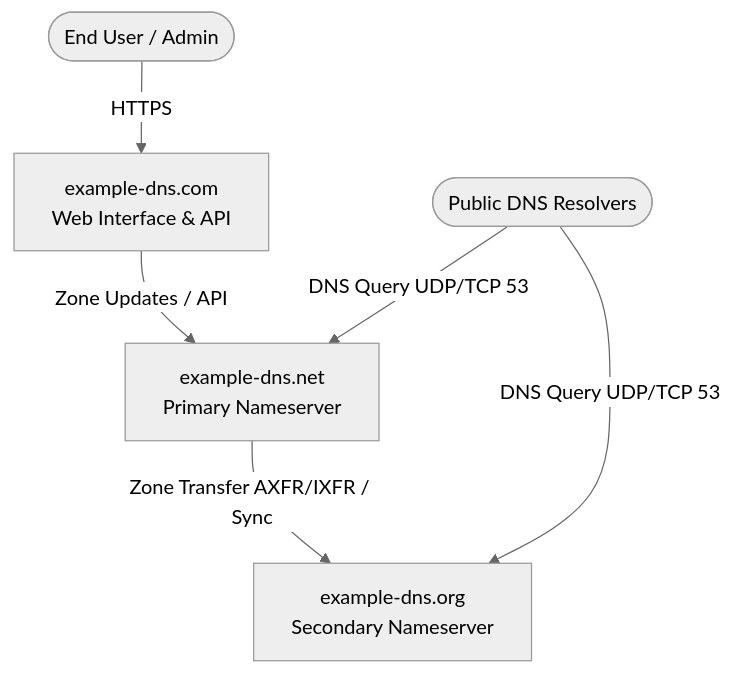
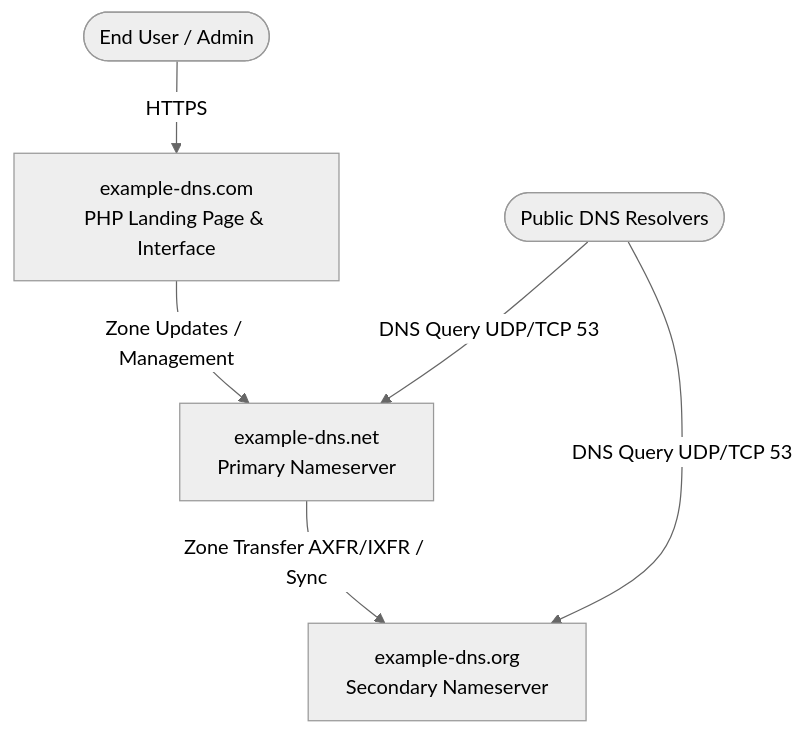
Before and after one commit to example-dns/example-dns: the diagram in docs/architecture.md, drawn with Mermaid (neutral theme). The commit also changed other lines of this file and 9 other files, not shown here.

Commit message:
feat(web): add simple PHP landing page with i18n & imprint and remove apps/nameserver-*

````diff
--- a/docs/architecture.md
+++ b/docs/architecture.md
@@ -17,9 +17,9 @@
 ```mermaid
 flowchart TD
-    User([End User / Admin]) -->|HTTPS| WebApp[example-dns.com<br/>Web Interface & API]
-    WebApp -->|Zone Updates / API| PrimaryNS[example-dns.net<br/>Primary Nameserver]
+    User([End User / Admin]) -->|HTTPS| WebApp[example-dns.com<br/>PHP Landing Page & Interface]
+    WebApp -->|Zone Updates / Management| PrimaryNS[example-dns.net<br/>Primary Nameserver]
     PrimaryNS -->|Zone Transfer AXFR/IXFR / Sync| SecondaryNS[example-dns.org<br/>Secondary Nameserver]
     
     DNSClient([Public DNS Resolvers]) -->|DNS Query UDP/TCP 53| PrimaryNS
     DNSClient -->|DNS Query UDP/TCP 53| SecondaryNS
 ```
````
